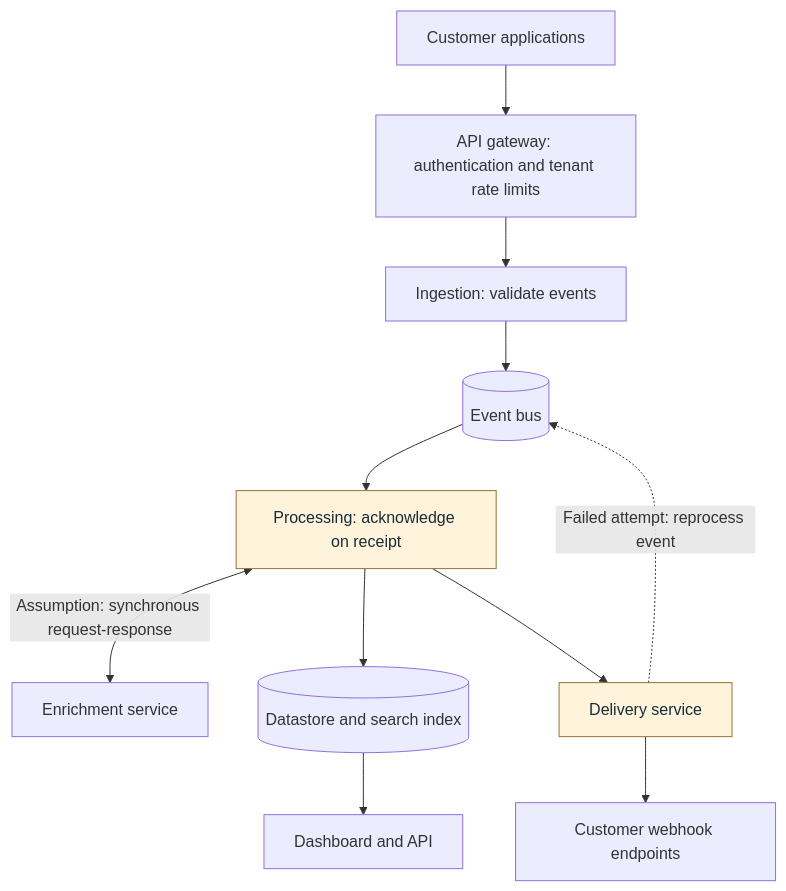
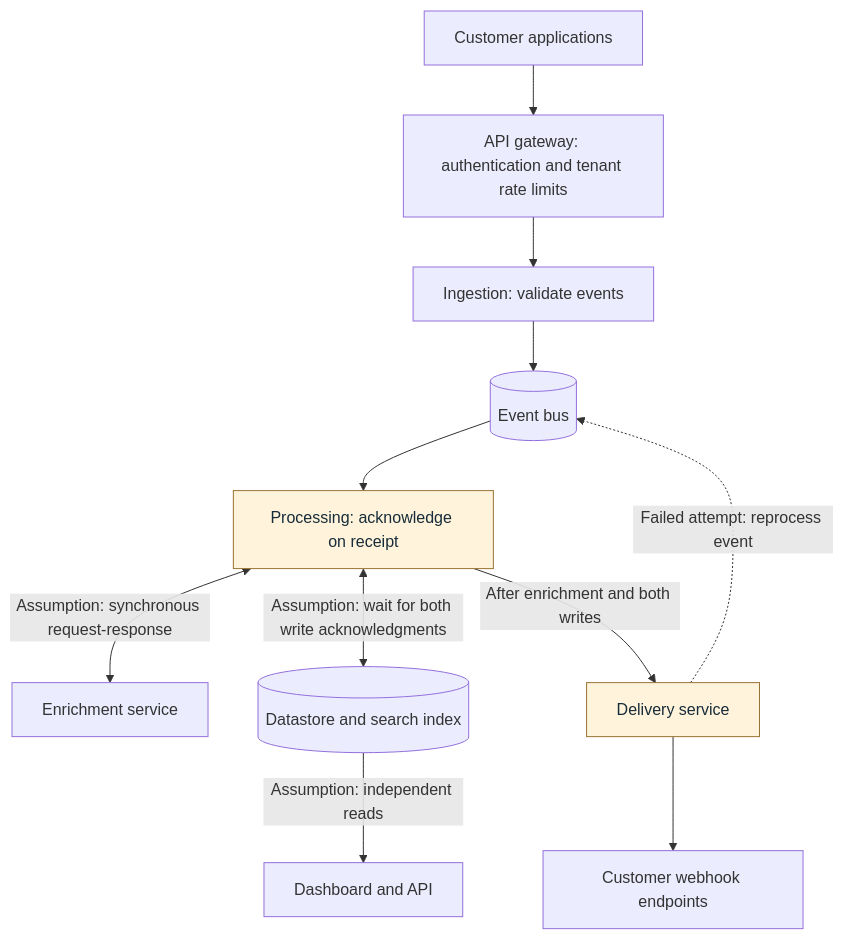
Before and after one commit to danielcg-net/sre-leadership-case-study: the diagram in diagrams/current-architecture.mmd, drawn with Mermaid. The commit also changed 2 other files, not shown here.

Commit message:
sre-105: explain current-flow assumptions and consequences

```diff
--- a/diagrams/current-architecture.mmd
+++ b/diagrams/current-architecture.mmd
@@ -1,15 +1,15 @@
 flowchart TB
     accTitle: Current webhook delivery architecture
-    accDescr: Ingestion buffers events on an event bus. Processing acknowledges on receipt, uses a synchronous request-response enrichment call as an assumption, stores results, and hands them to delivery. Failed delivery returns to the event bus and repeats processing. Dashboards read the stored results.
+    accDescr: Ingestion buffers events on an event bus. Processing acknowledges on receipt, uses a synchronous request-response enrichment call as an assumption, waits for both datastore and search-index write acknowledgments as an assumption, then hands results to delivery. The two writes are assumed non-atomic. Failed delivery returns to the event bus and repeats processing. Dashboard and API reads are assumed independent of delivery; a visible record does not prove successful delivery.
     apps[Customer applications] --> gateway[API gateway: authentication and tenant rate limits]
     gateway --> ingestion[Ingestion: validate events]
     ingestion --> bus[(Event bus)]
     bus --> processing[Processing: acknowledge on receipt]
     processing <-->|Assumption: synchronous request-response| enrichment[Enrichment service]
-    processing --> data[(Datastore and search index)]
-    processing --> delivery[Delivery service]
-    data --> dashboard[Dashboard and API]
+    processing <-->|Assumption: wait for both write acknowledgments| data[(Datastore and search index)]
+    processing -->|After enrichment and both writes| delivery[Delivery service]
+    data -->|Assumption: independent reads| dashboard[Dashboard and API]
     delivery --> endpoints[Customer webhook endpoints]
     delivery -.->|Failed attempt: reprocess event| bus
     classDef risk fill:#fff4db,stroke:#997233,color:#172c3a
     class processing,delivery risk
```
